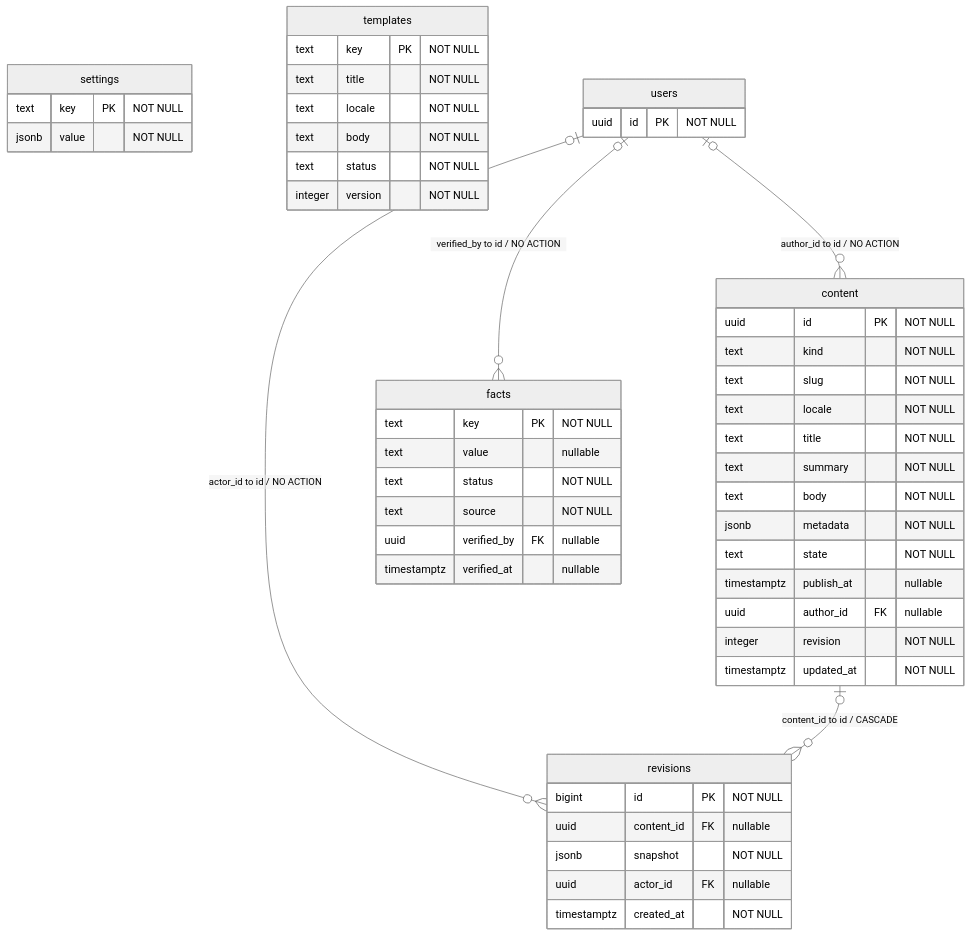
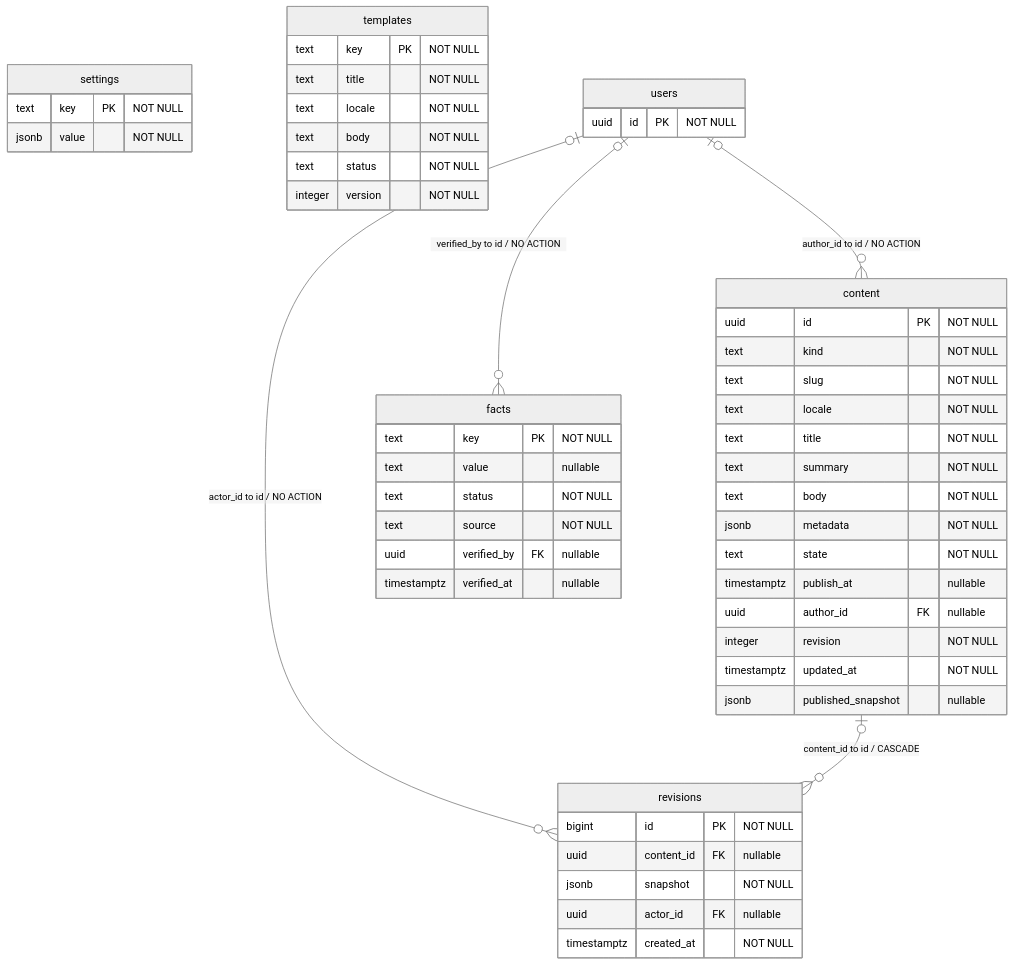
One commit to DruHustle/onesa-ai-platform changed the diagram in docs/diagrams/portal-database-content.mmd. Above: the diagram before and after it, drawn with Mermaid (neutral theme). The commit also changed 22 other files, not shown here.

```diff
--- a/docs/diagrams/portal-database-content.mmd
+++ b/docs/diagrams/portal-database-content.mmd
@@ -1,51 +1,52 @@
-%% Portal source schema SHA256: a24b83603dcc14456f61e5b037b98b821c13c9badd6d479ad08d346030f34c2f
+%% Portal source schema SHA256: df7e3baafeaccdf70d1b409cf3788ba1cc777238c68e45f1679b8047decbaa93
 erDiagram
   content {
     uuid id PK "NOT NULL"
     text kind "NOT NULL"
     text slug "NOT NULL"
     text locale "NOT NULL"
     text title "NOT NULL"
     text summary "NOT NULL"
     text body "NOT NULL"
     jsonb metadata "NOT NULL"
     text state "NOT NULL"
     timestamptz publish_at "nullable"
     uuid author_id FK "nullable"
     integer revision "NOT NULL"
     timestamptz updated_at "NOT NULL"
+    jsonb published_snapshot "nullable"
   }
   facts {
     text key PK "NOT NULL"
     text value "nullable"
     text status "NOT NULL"
     text source "NOT NULL"
     uuid verified_by FK "nullable"
     timestamptz verified_at "nullable"
   }
   revisions {
     bigint id PK "NOT NULL"
     uuid content_id FK "nullable"
     jsonb snapshot "NOT NULL"
     uuid actor_id FK "nullable"
     timestamptz created_at "NOT NULL"
   }
   settings {
     text key PK "NOT NULL"
     jsonb value "NOT NULL"
   }
   templates {
     text key PK "NOT NULL"
     text title "NOT NULL"
     text locale "NOT NULL"
     text body "NOT NULL"
     text status "NOT NULL"
     integer version "NOT NULL"
   }
   users {
     uuid id PK "NOT NULL"
   }
   users o|--o{ content : "author_id to id / NO ACTION"
   users o|--o{ facts : "verified_by to id / NO ACTION"
   users o|--o{ revisions : "actor_id to id / NO ACTION"
   content o|--o{ revisions : "content_id to id / CASCADE"
```
